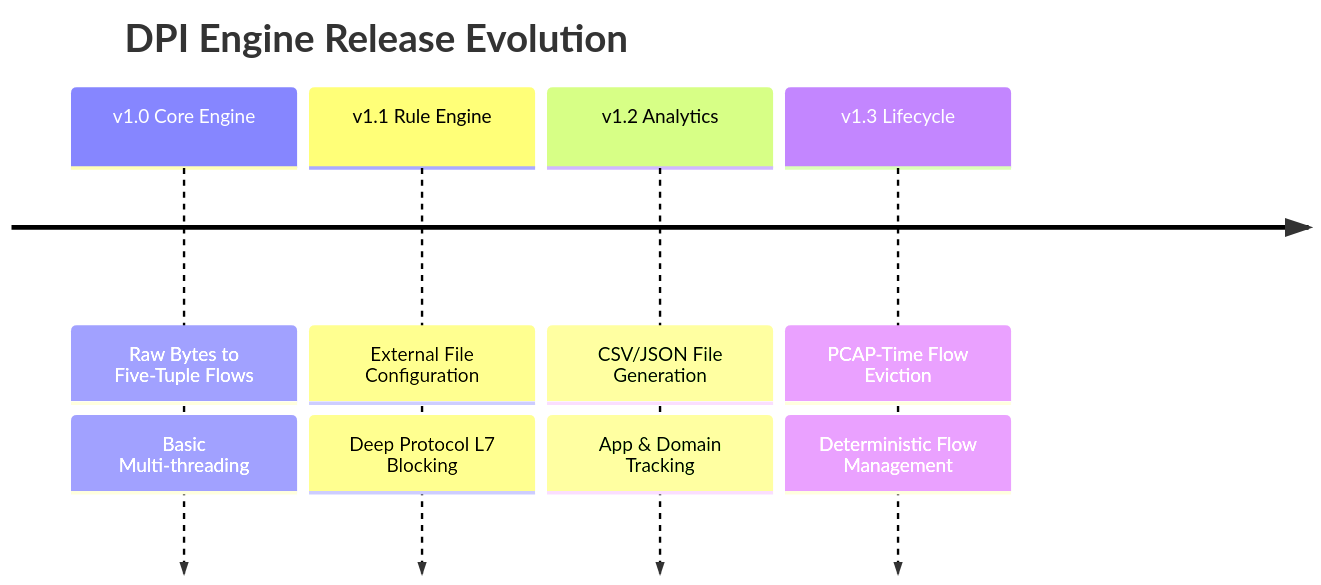
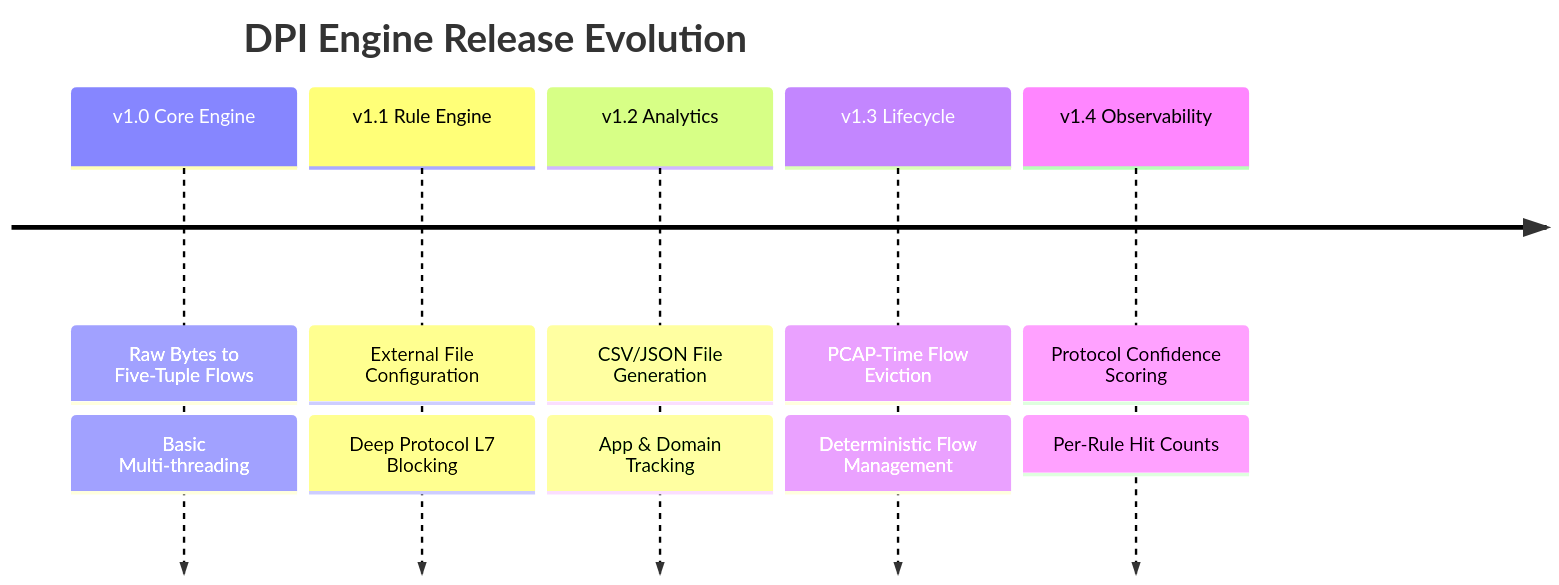
One commit to NamanKejriwal/DPI-Engine changed the eighth of 8 diagrams in README.md. Above: the diagram before and after it, drawn with Mermaid. The commit also changed other lines of this file, not shown here.

````diff
--- a/README.md
+++ b/README.md
@@ -581,12 +693,14 @@
 ```mermaid
 timeline
     title DPI Engine Release Evolution
     v1.0 Core Engine : Raw Bytes to Five-Tuple Flows
                      : Basic Multi-threading
     v1.1 Rule Engine : External File Configuration
                      : Deep Protocol L7 Blocking
     v1.2 Analytics   : CSV/JSON File Generation
                      : App & Domain Tracking
     v1.3 Lifecycle   : PCAP-Time Flow Eviction
                      : Deterministic Flow Management
+    v1.4 Observability: Protocol Confidence Scoring
+                     : Per-Rule Hit Counts
 ```
````
